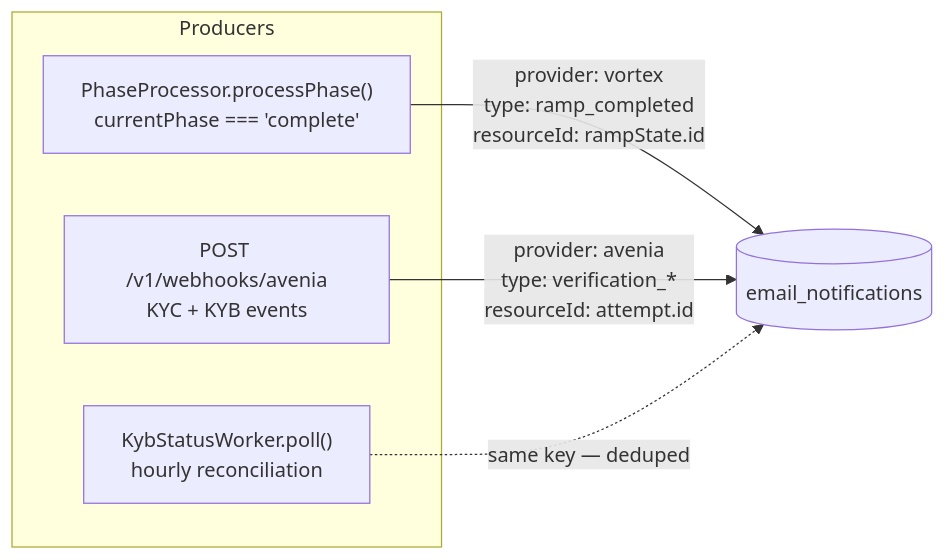
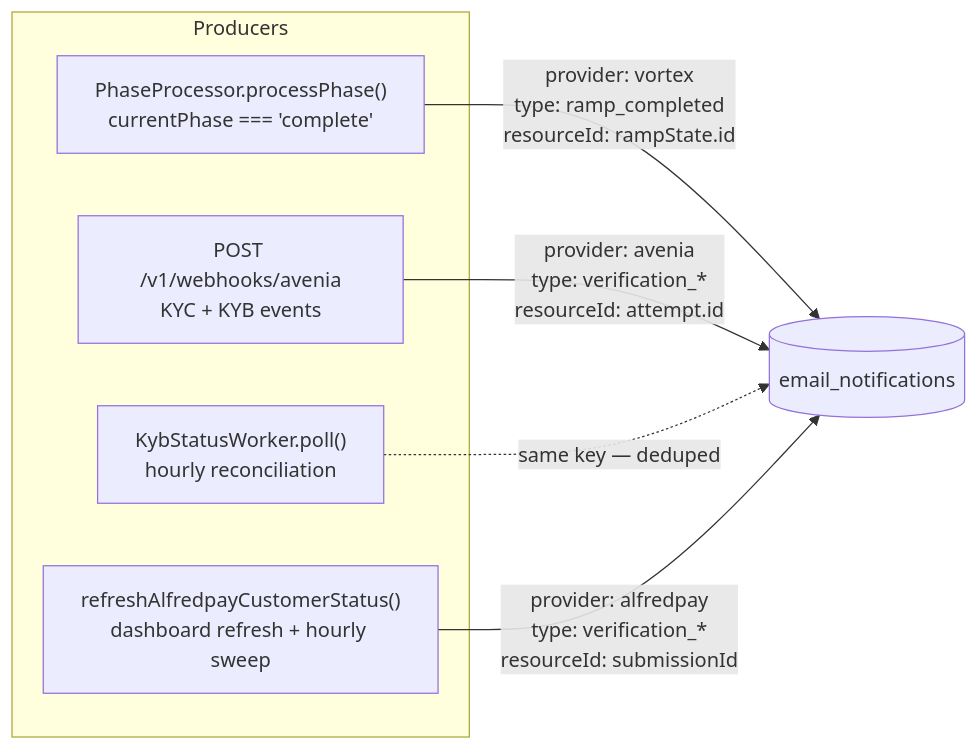
The fourth of 8 diagrams in docs/architecture/email-notifications.md (pendulum-chain/vortex), drawn with Mermaid before and after one commit. The commit also changed other lines of this file and 4 other files, not shown here.

````diff
--- a/docs/architecture/email-notifications.md
+++ b/docs/architecture/email-notifications.md
@@ -95,11 +96,13 @@
 ```mermaid
 flowchart LR
   subgraph producers["Producers"]
     P1["PhaseProcessor.processPhase()<br/>currentPhase === 'complete'"]
     P2["POST /v1/webhooks/avenia<br/>KYC + KYB events"]
     P3["KybStatusWorker.poll()<br/>hourly reconciliation"]
+    P4["refreshAlfredpayCustomerStatus()<br/>dashboard refresh + hourly sweep"]
   end
   P1 -->|"provider: vortex<br/>type: ramp_completed<br/>resourceId: rampState.id"| Q[(email_notifications)]
   P2 -->|"provider: avenia<br/>type: verification_*<br/>resourceId: attempt.id"| Q
   P3 -.->|"same key — deduped"| Q
+  P4 -->|"provider: alfredpay<br/>type: verification_*<br/>resourceId: submissionId"| Q
 ```
````
